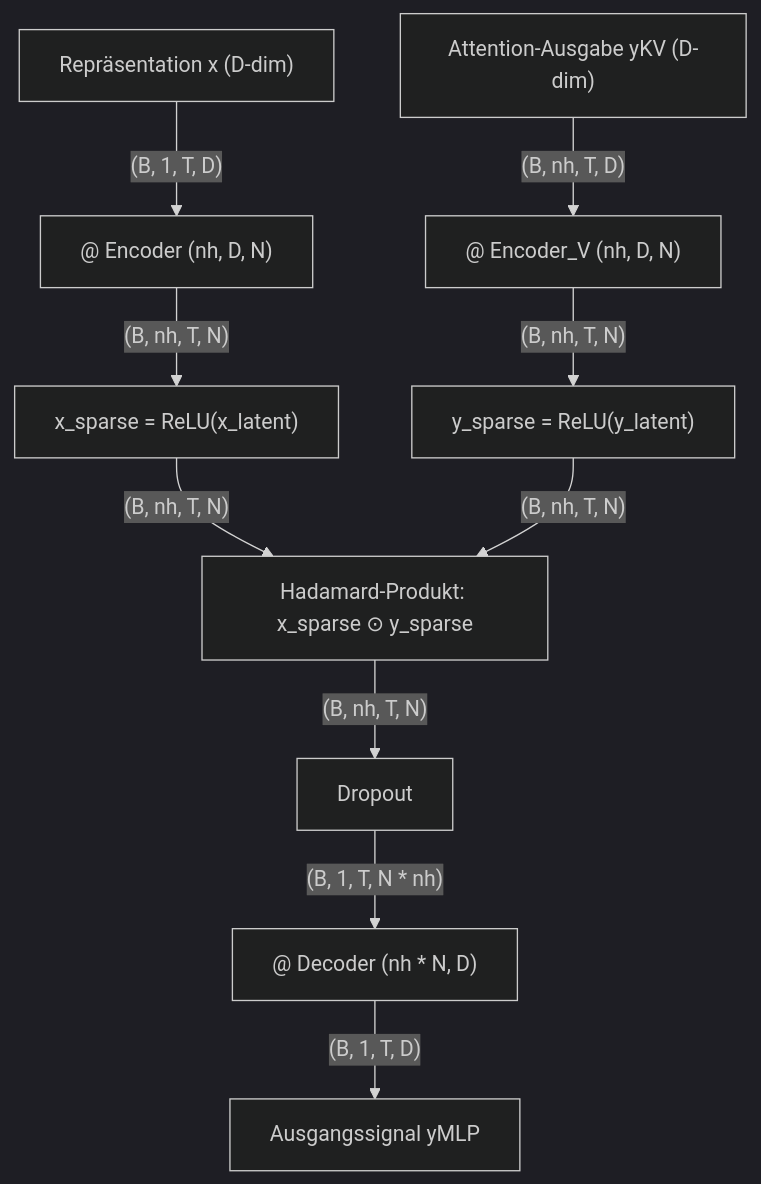
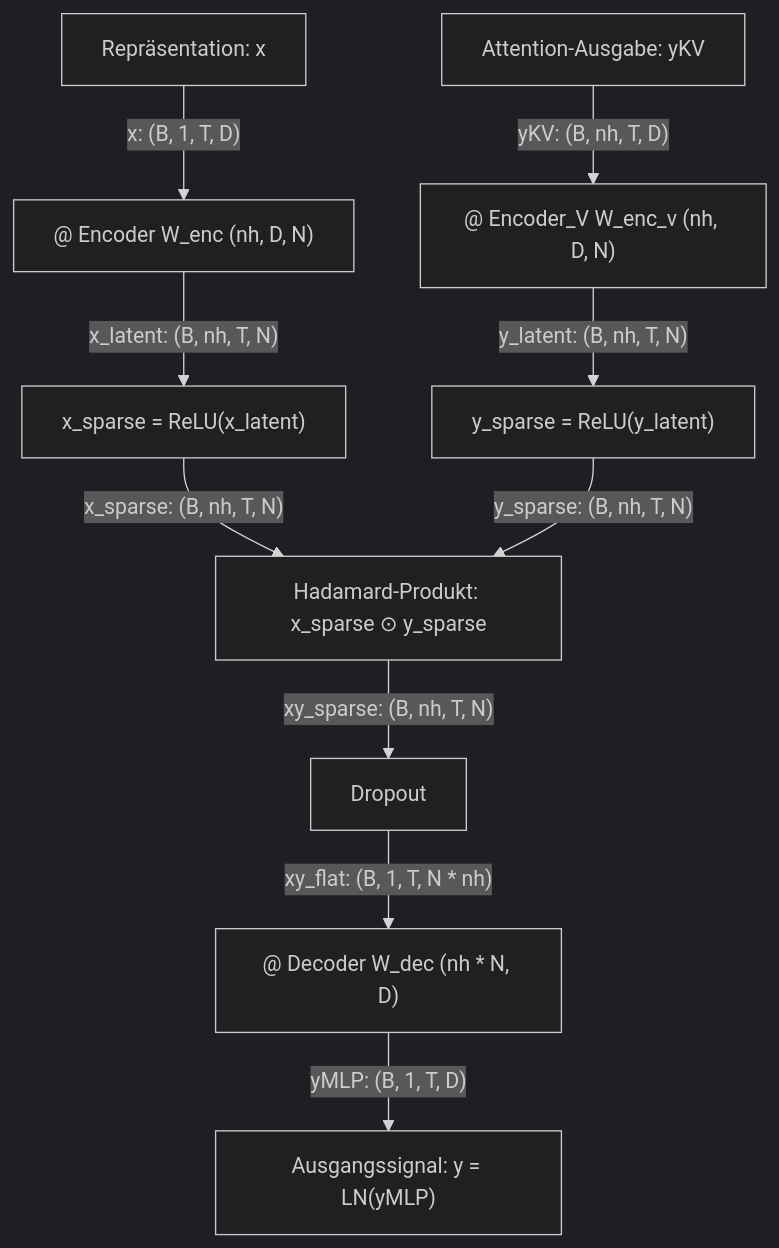
The diagram in docs/obsidian/BDH/Konzepte/RoPE & Sparse Synaptic Gating.md (eberlful/BDH), drawn with Mermaid (dark theme) before and after one commit. The commit also changed 7 other files, not shown here.

Commit message:
feat: initialize continual learning development environment and refactor model architecture to include GPT support

````diff
--- a/docs/obsidian/BDH/Konzepte/RoPE & Sparse Synaptic Gating.md
+++ b/docs/obsidian/BDH/Konzepte/RoPE & Sparse Synaptic Gating.md
@@ -64,15 +64,15 @@
 ```mermaid
 graph TD
-    X["Repräsentation x (D-dim)"] -->|"(B, 1, T, D)"| EncX["@ Encoder (nh, D, N)"]
-    EncX -->|"(B, nh, T, N)"| ReLU1["x_sparse = ReLU(x_latent)"]
+    X["Repräsentation: x"] -->|"x: (B, 1, T, D)"| EncX["@ Encoder W_enc (nh, D, N)"]
+    EncX -->|"x_latent: (B, nh, T, N)"| ReLU1["x_sparse = ReLU(x_latent)"]
     
-    YKV["Attention-Ausgabe yKV (D-dim)"] -->|"(B, nh, T, D)"| EncY["@ Encoder_V (nh, D, N)"]
-    EncY -->|"(B, nh, T, N)"| ReLU2["y_sparse = ReLU(y_latent)"]
+    YKV["Attention-Ausgabe: yKV"] -->|"yKV: (B, nh, T, D)"| EncY["@ Encoder_V W_enc_v (nh, D, N)"]
+    EncY -->|"y_latent: (B, nh, T, N)"| ReLU2["y_sparse = ReLU(y_latent)"]
     
-    ReLU1 -->|"(B, nh, T, N)"| Gate["Hadamard-Produkt: x_sparse ⊙ y_sparse"]
-    ReLU2 -->|"(B, nh, T, N)"| Gate
+    ReLU1 -->|"x_sparse: (B, nh, T, N)"| Gate["Hadamard-Produkt: x_sparse ⊙ y_sparse"]
+    ReLU2 -->|"y_sparse: (B, nh, T, N)"| Gate
     
-    Gate -->|"(B, nh, T, N)"| Drop["Dropout"]
-    Drop -->|"(B, 1, T, N * nh)"| Dec["@ Decoder (nh * N, D)"]
-    Dec -->|"(B, 1, T, D)"| Out["Ausgangssignal yMLP"]
+    Gate -->|"xy_sparse: (B, nh, T, N)"| Drop["Dropout"]
+    Drop -->|"xy_flat: (B, 1, T, N * nh)"| Dec["@ Decoder W_dec (nh * N, D)"]
+    Dec -->|"yMLP: (B, 1, T, D)"| Out["Ausgangssignal: y = LN(yMLP)"]
 ```
````
